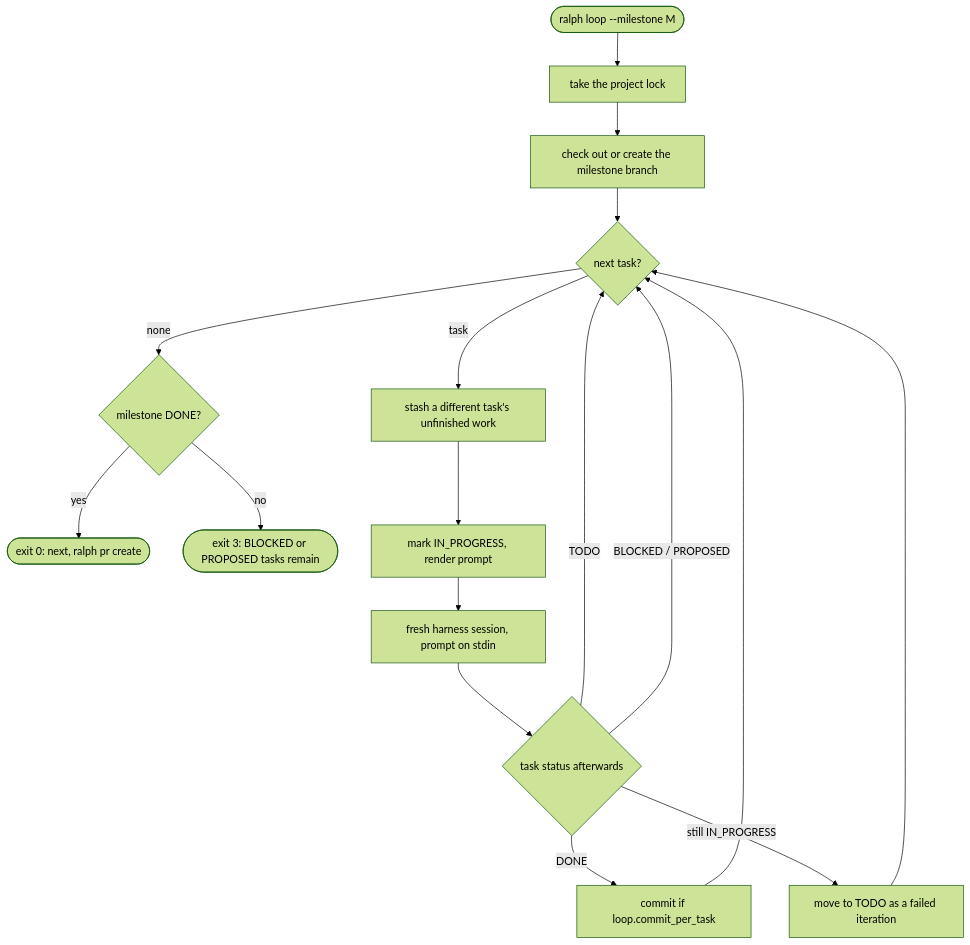
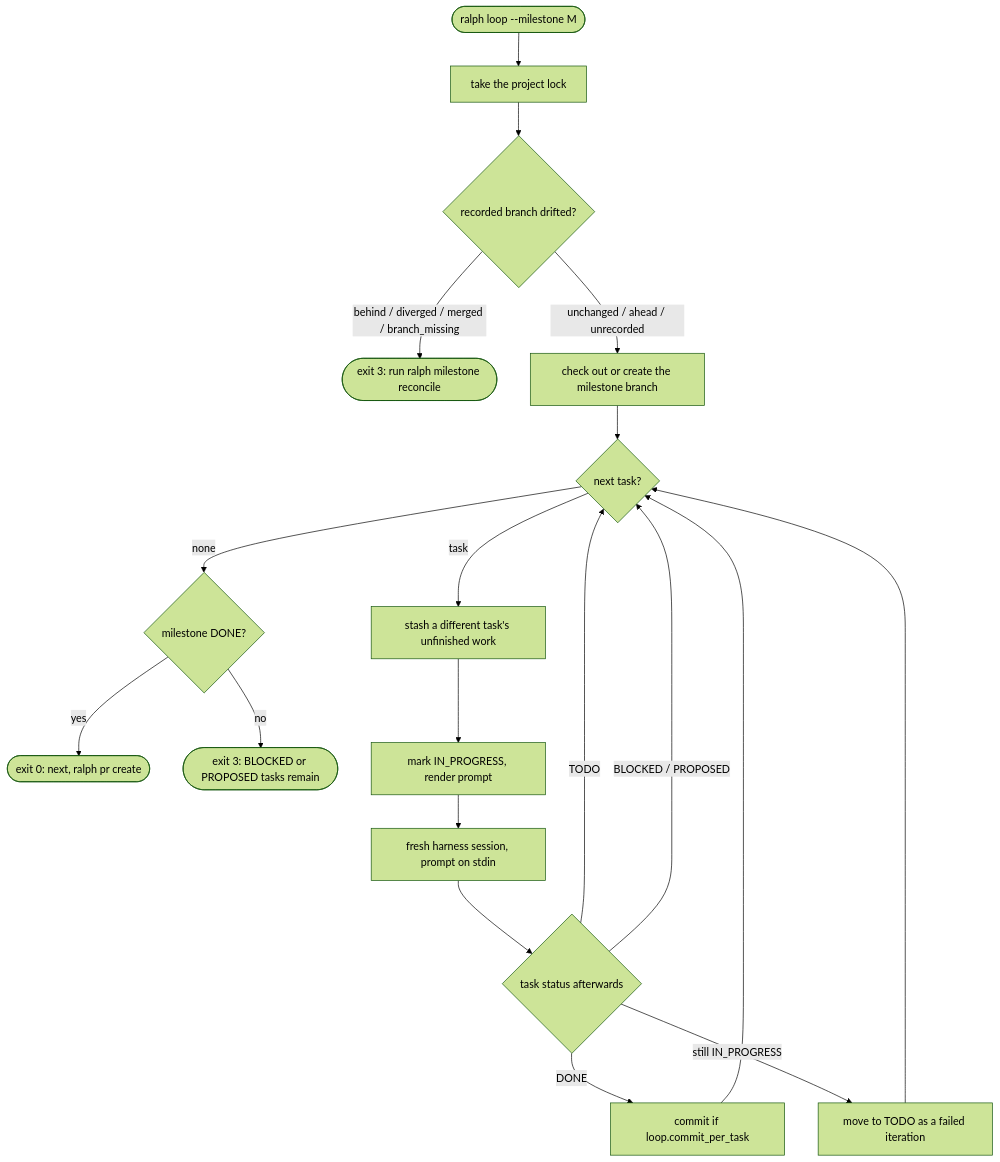
Before and after one commit to bengearig/ralph-cli: the diagram in docs/loop.md, drawn with Mermaid (forest theme). The commit also changed other lines of this file and 6 other files, not shown here.

````diff
--- a/docs/loop.md
+++ b/docs/loop.md
@@ -44,17 +44,19 @@
 ```mermaid
 flowchart TD
     S([ralph loop --milestone M]) --> L[take the project lock]
-    L --> B[check out or create the milestone branch]
+    L --> DC{recorded branch drifted?}
+    DC -- behind / diverged / merged / branch_missing --> RX([exit 3: run ralph milestone reconcile])
+    DC -- unchanged / ahead / unrecorded --> B[check out or create the milestone branch]
     B --> N{next task?}
     N -- none --> D{milestone DONE?}
     D -- yes --> E([exit 0: next, ralph pr create])
     D -- no --> X([exit 3: BLOCKED or PROPOSED tasks remain])
     N -- task --> ST[stash a different task's unfinished work]
     ST --> IP[mark IN_PROGRESS, render prompt]
     IP --> H[fresh harness session, prompt on stdin]
     H --> R{task status afterwards}
     R -- DONE --> C[commit if loop.commit_per_task] --> N
     R -- TODO --> N
     R -- BLOCKED / PROPOSED --> N
     R -- still IN_PROGRESS --> F[move to TODO as a failed iteration] --> N
 ```
````
